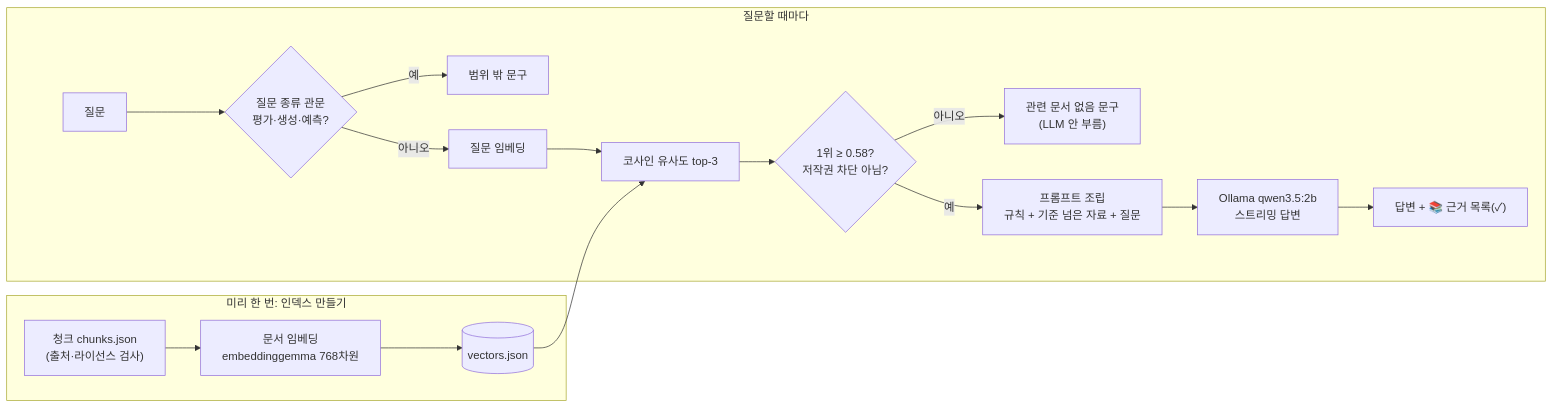
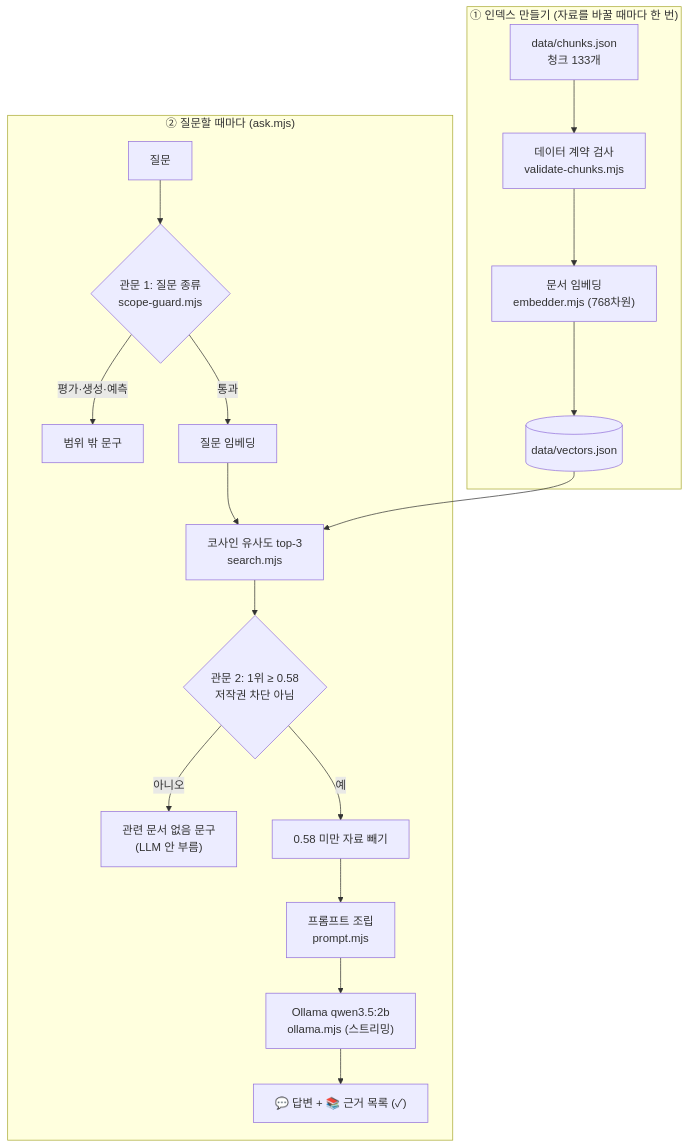
The diagram in README.md (Lightnine999/ip-guide-rag), drawn with Mermaid before and after one commit. The commit also changed other lines of this file, not shown here.

First line of the commit message:
README 재구성: RAG 워크플로우·사용 기술·파일 구조 추가, 중복 정리

````diff
--- a/README.md
+++ b/README.md
@@ -27,15 +25,21 @@
 ```mermaid
-flowchart LR
-    subgraph IDX["미리 한 번: 인덱스 만들기"]
-        A["청크 chunks.json<br/>(출처·라이선스 검사)"] --> B["문서 임베딩<br/>embeddinggemma 768차원"] --> V[("vectors.json")]
+flowchart TB
+    subgraph IDX["① 인덱스 만들기 (자료를 바꿀 때마다 한 번)"]
+        A["data/chunks.json<br/>청크 133개"] --> B["데이터 계약 검사<br/>validate-chunks.mjs"]
+        B --> C["문서 임베딩<br/>embedder.mjs (768차원)"]
+        C --> V[("data/vectors.json")]
     end
-    subgraph Q["질문할 때마다"]
-        Q1["질문"] --> G1{"질문 종류 관문<br/>평가·생성·예측?"}
-        G1 -- 예 --> X1["범위 밖 문구"]
-        G1 -- 아니오 --> E["질문 임베딩"] --> S["코사인 유사도 top-3"]
+    subgraph RUN["② 질문할 때마다 (ask.mjs)"]
+        Q["질문"] --> G1{"관문 1: 질문 종류<br/>scope-guard.mjs"}
+        G1 -- "평가·생성·예측" --> X1["범위 밖 문구"]
+        G1 -- "통과" --> E["질문 임베딩"]
+        E --> S["코사인 유사도 top-3<br/>search.mjs"]
         V --> S
-        S --> G2{"1위 ≥ 0.58?<br/>저작권 차단 아님?"}
-        G2 -- 아니오 --> X2["관련 문서 없음 문구<br/>(LLM 안 부름)"]
-        G2 -- 예 --> P["프롬프트 조립<br/>규칙 + 기준 넘은 자료 + 질문"] --> L["Ollama qwen3.5:2b<br/>스트리밍 답변"] --> R["답변 + 📚 근거 목록(✓)"]
+        S --> G2{"관문 2: 1위 ≥ 0.58<br/>저작권 차단 아님"}
+        G2 -- "아니오" --> X2["관련 문서 없음 문구<br/>(LLM 안 부름)"]
+        G2 -- "예" --> F["0.58 미만 자료 빼기"]
+        F --> P["프롬프트 조립<br/>prompt.mjs"]
+        P --> L["Ollama qwen3.5:2b<br/>ollama.mjs (스트리밍)"]
+        L --> O["💬 답변 + 📚 근거 목록 (✓)"]
     end
 ```
````
